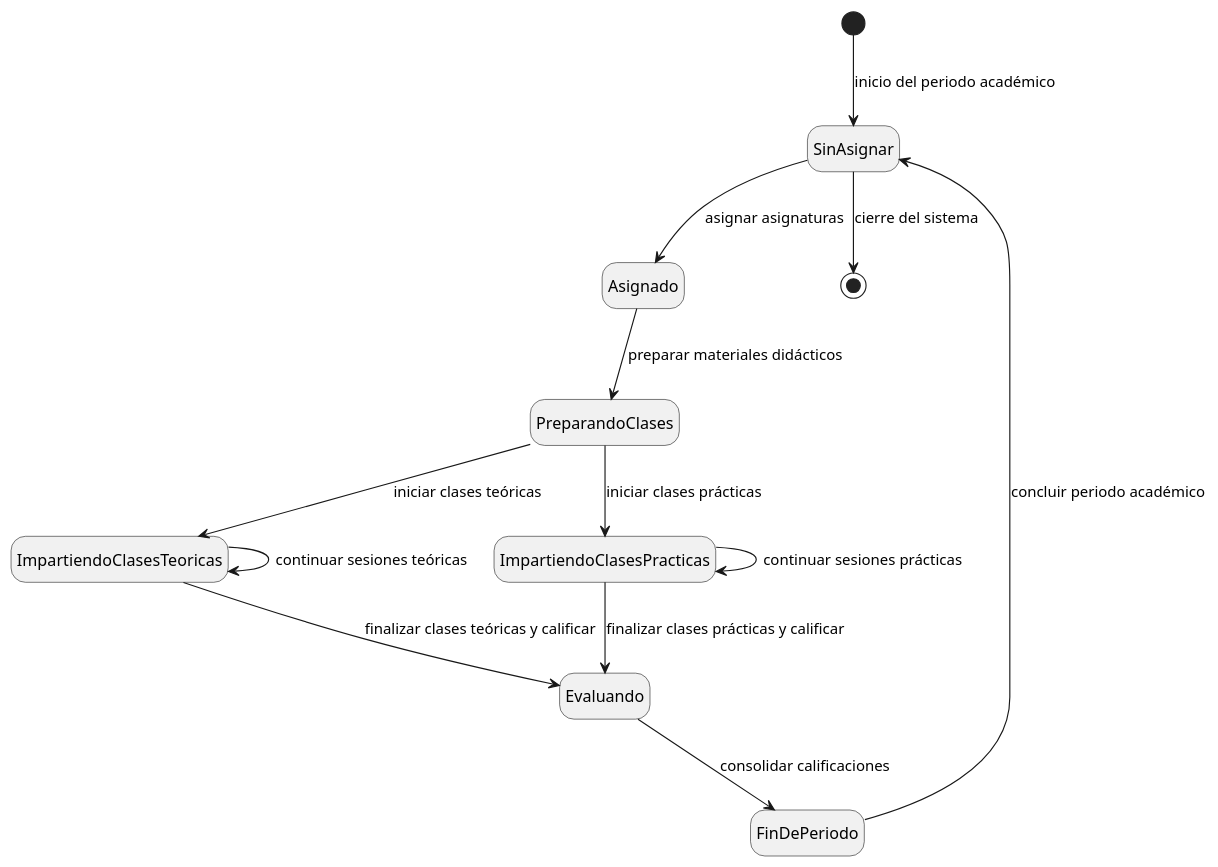
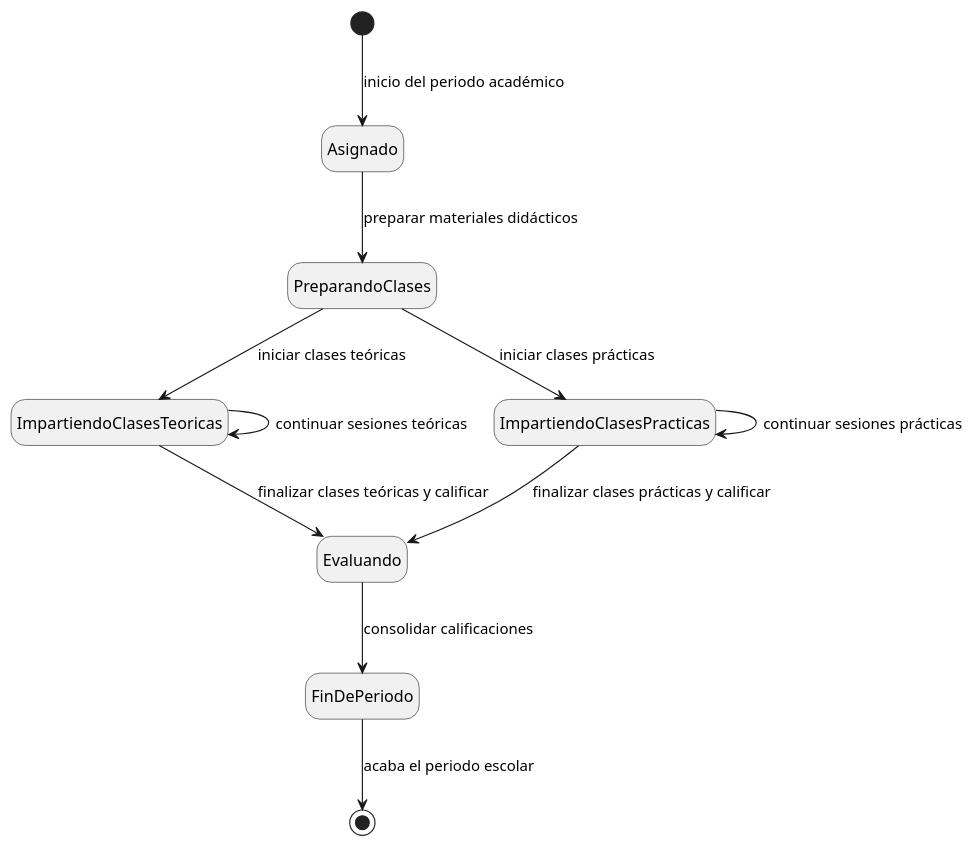
One commit to mmasias/24-25-IdSw1-SDR changed the diagram in Documentos/diagramaDeEstados/Profesor/cicloDeVidaProfesor.puml. Above: the diagram before and after it, drawn with PlantUML.

```diff
--- a/Documentos/diagramaDeEstados/Profesor/cicloDeVidaProfesor.puml
+++ b/Documentos/diagramaDeEstados/Profesor/cicloDeVidaProfesor.puml
@@ -1,21 +1,19 @@
 @startuml
 hide empty description
 
-[*] --> SinAsignar : inicio del periodo académico
-SinAsignar --> Asignado : asignar asignaturas
+[*] --> Asignado : inicio del periodo académico
 
 Asignado --> PreparandoClases : preparar materiales didácticos
 PreparandoClases --> ImpartiendoClasesTeoricas : iniciar clases teóricas
 PreparandoClases --> ImpartiendoClasesPracticas : iniciar clases prácticas
 
 ImpartiendoClasesTeoricas --> ImpartiendoClasesTeoricas : continuar sesiones teóricas
 ImpartiendoClasesTeoricas --> Evaluando : finalizar clases teóricas y calificar
 
 ImpartiendoClasesPracticas --> ImpartiendoClasesPracticas : continuar sesiones prácticas
 ImpartiendoClasesPracticas --> Evaluando : finalizar clases prácticas y calificar
 
 Evaluando --> FinDePeriodo : consolidar calificaciones
-FinDePeriodo --> SinAsignar : concluir periodo académico
-SinAsignar --> [*] : cierre del sistema
+FinDePeriodo --> [*] : acaba el periodo escolar
 
 @enduml
```
